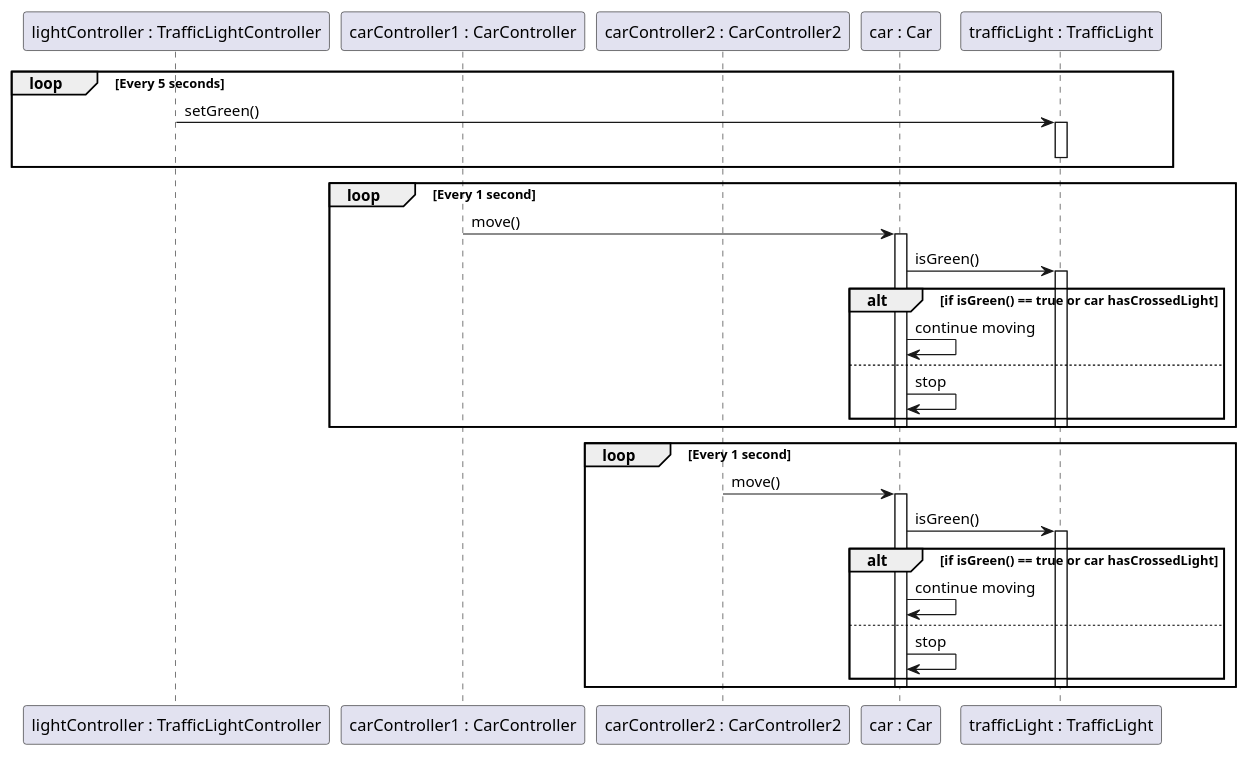
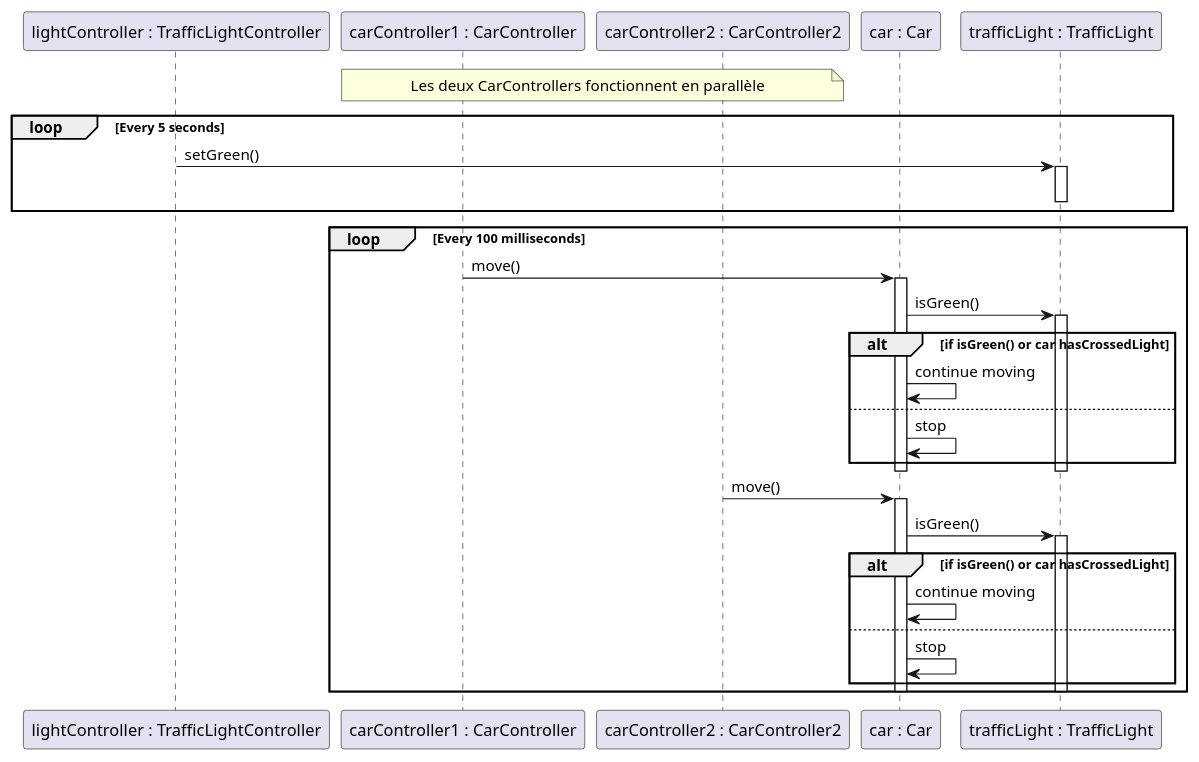
The diagram in src/resources/diagramme_sequence.puml (albigrainca/Crossroads), drawn with PlantUML before and after one commit. The commit also changed 4 other files, not shown here.

```diff
--- a/src/resources/diagramme_sequence.puml
+++ b/src/resources/diagramme_sequence.puml
@@ -1,49 +1,47 @@
 @startuml
 
 participant "lightController : TrafficLightController" as TrafficLightController
 participant "carController1 : CarController" as CarController1
 participant "carController2 : CarController2" as CarController2
 participant "car : Car" as Car
 participant "trafficLight : TrafficLight" as TrafficLight
+
+note over CarController1, CarController2: Les deux CarControllers fonctionnent en parallèle
 
 box "Thread TrafficLightController"
     loop Every 5 seconds
         TrafficLightController -> TrafficLight: setGreen()
         activate TrafficLight
         deactivate TrafficLight
     end
 end box
 
-box "Thread CarController"
-    loop Every 1 second
+box "Threads CarController1 et CarController2"
+    loop Every 100 milliseconds
         CarController1 -> Car: move()
         activate Car
         Car -> TrafficLight: isGreen()
         activate TrafficLight
-        alt if isGreen() == true or car hasCrossedLight
+        alt if isGreen() or car hasCrossedLight
             Car -> Car: continue moving
         else
             Car -> Car: stop
         end
         deactivate TrafficLight
         deactivate Car
-    end
-end box
 
-box "Thread CarController2"
-    loop Every 1 second
         CarController2 -> Car: move()
         activate Car
         Car -> TrafficLight: isGreen()
         activate TrafficLight
-        alt if isGreen() == true or car hasCrossedLight
+        alt if isGreen() or car hasCrossedLight
             Car -> Car: continue moving
         else
             Car -> Car: stop
         end
         deactivate TrafficLight
         deactivate Car
     end
 end box
 
 @enduml
```
